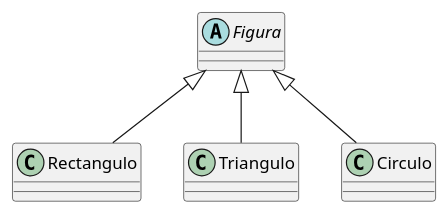
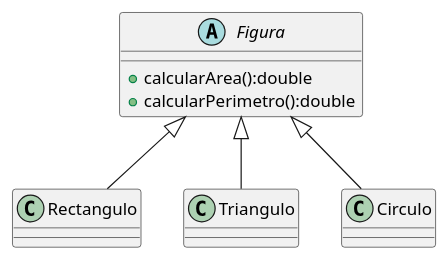
One commit to stgoneira/fundamentos-programacion-java changed the diagram in uml/herencia/abstract-example.puml. Above: the diagram before and after it, drawn with PlantUML. The commit also changed 1 other file, not shown here.

Commit message:
mod abstract uml

```diff
--- a/uml/herencia/abstract-example.puml
+++ b/uml/herencia/abstract-example.puml
@@ -1,7 +1,10 @@
 @startuml superclase 
-abstract class Figura {}
+abstract class Figura {
+    +calcularArea():double 
+    +calcularPerimetro():double
+}
 
 class Rectangulo extends Figura {}
 class Triangulo extends Figura {}
 class Circulo extends Figura {}
 @enduml 
```
